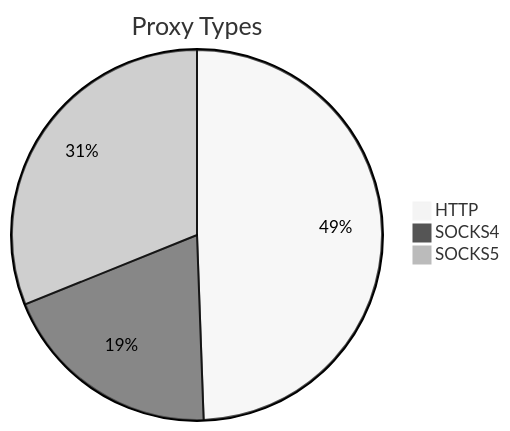
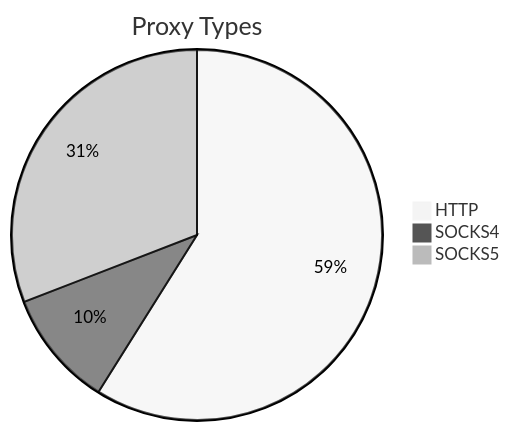
One commit to stormsia/proxy-list changed the first of 2 diagrams in README.md. Above: the diagram before and after it, drawn with Mermaid (neutral theme). The commit also changed other lines of this file, not shown here.

````diff
--- a/README.md
+++ b/README.md
@@ -21,6 +21,6 @@
 ```mermaid
 pie title Proxy Types
-    "HTTP" : 259
-    "SOCKS4" : 102
-    "SOCKS5" : 163
+    "HTTP" : 208
+    "SOCKS4" : 36
+    "SOCKS5" : 109
 ```
````
